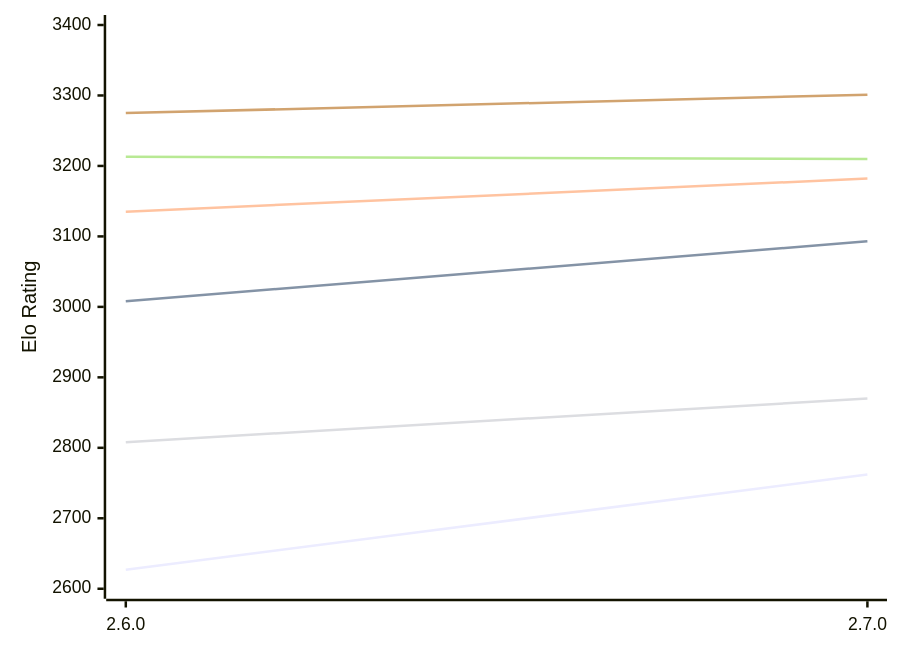
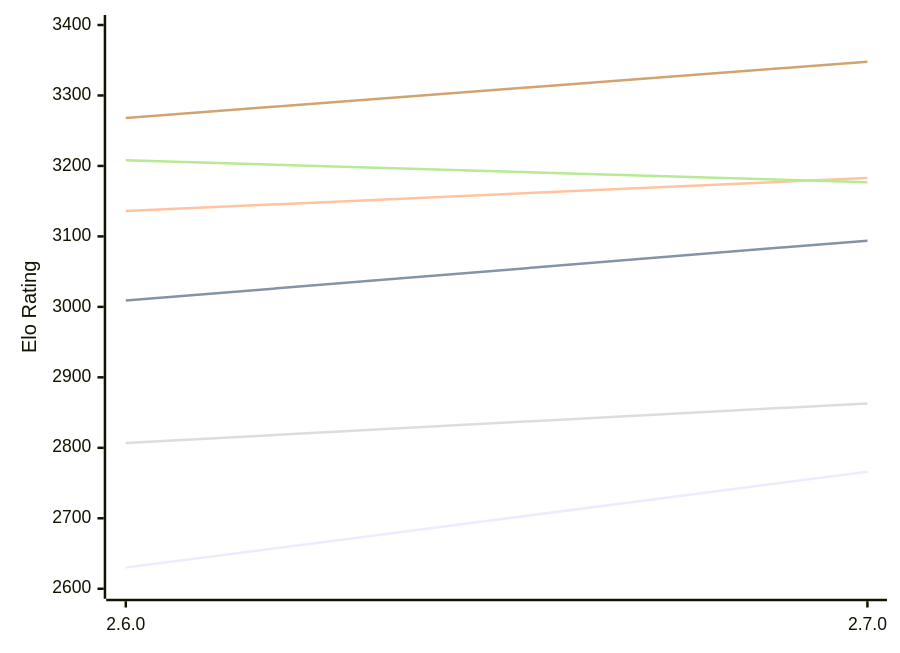
The first of 2 diagrams in engines/Sturddle2.md (computer-chess-index/cci), drawn with Mermaid before and after one commit. The commit also changed other lines of this file, not shown here.

Commit message:
Update CCI Ratings (ELO VLTC) - 2026-10-14

````diff
--- a/engines/Sturddle2.md
+++ b/engines/Sturddle2.md
@@ -51,12 +51,12 @@
 ```mermaid
 %%{init: {"theme":"base","themeVariables":{"seriesColors:['#a3a3a3','#222221','#faa371']}}}%%
 xychart-beta
   x-axis ["2.6.0", "2.7.0"]
   y-axis "Elo Rating" 2600 --> 3400
-  line "E1: STC (8.0+0.08s)" [2627, 2762]
-  line "E1: LTC (60.0+0.60s)" [3008, 3093]
-  line "E1: VLTC (2m24s+1.12s)" [3135, 3182]
-  line "P1: STC (8.0+0.08s)" [2808, 2870]
-  line "P1: LTC (60.0+0.60s)" [3213, 3210]
-  line "P1: VLTC (2m24s+1.12s)" [3275, 3301]
+  line "E1: STC (8.0+0.08s)" [2630, 2766]
+  line "E1: LTC (60.0+0.60s)" [3009, 3094]
+  line "E1: VLTC (2m24s+1.12s)" [3136, 3183]
+  line "P1: STC (8.0+0.08s)" [2807, 2863]
+  line "P1: LTC (60.0+0.60s)" [3208, 3177]
+  line "P1: VLTC (2m24s+1.12s)" [3268, 3348]
 ```
````
